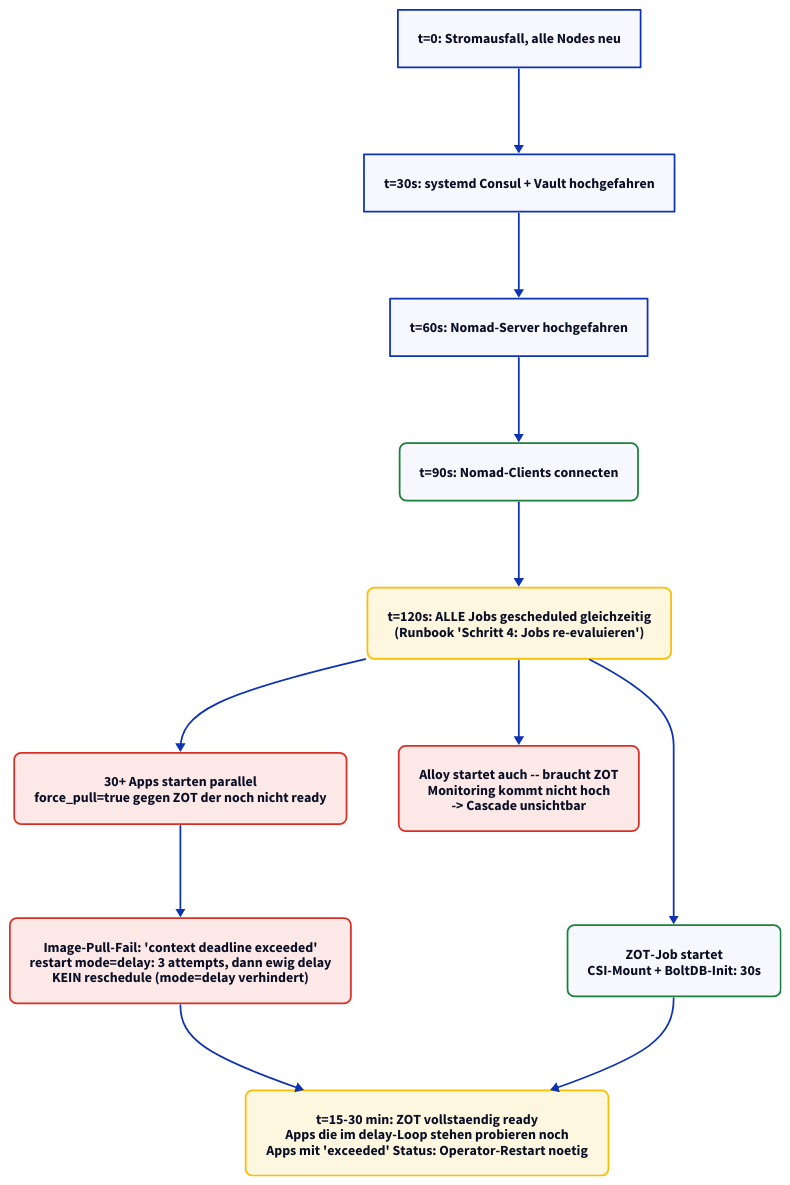
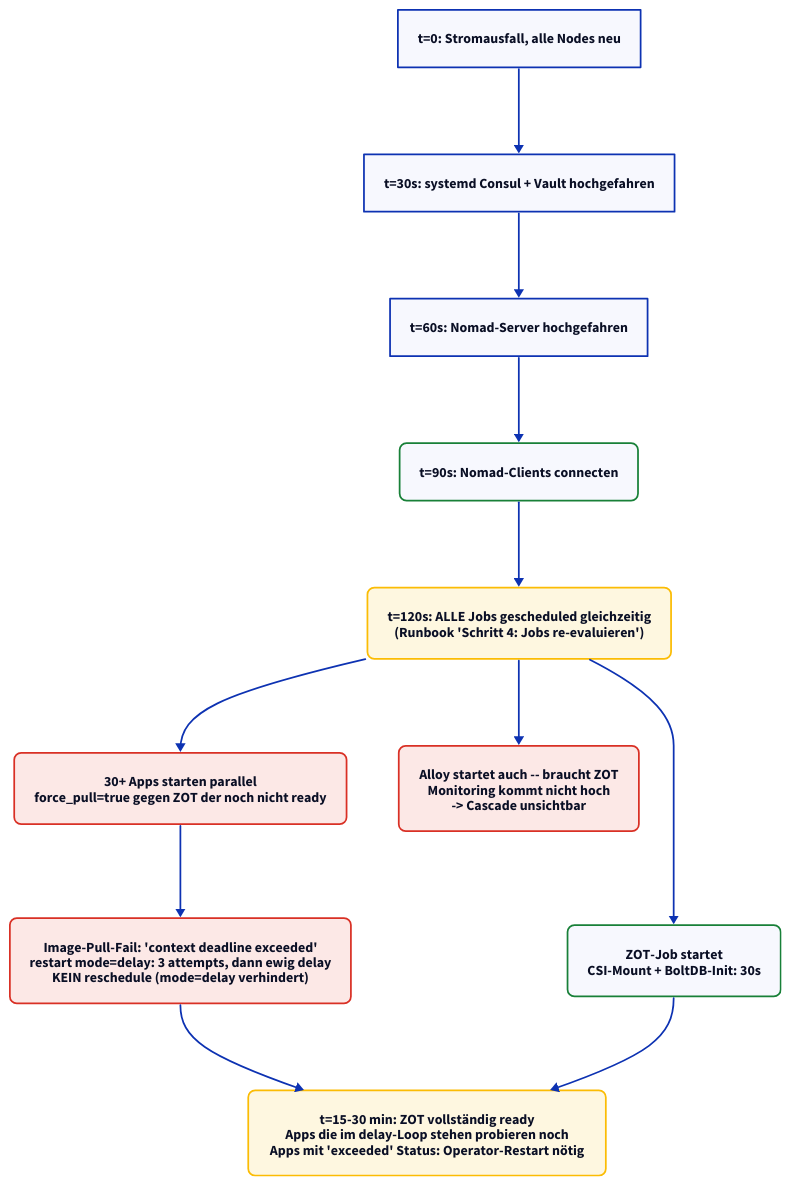
Before and after one commit to derever-labs/homelab-wiki: the third of 7 diagrams in docs/_querschnitt/cluster-resilience.md, drawn with D2. The commit also changed other lines of this file and 15 other files, not shown here.

````diff
--- a/docs/_querschnitt/cluster-resilience.md
+++ b/docs/_querschnitt/cluster-resilience.md
@@ -206,33 +206,33 @@
 ```d2
 direction: down
 
 classes: {
   ok: { style: { border-radius: 8; stroke: "#188038" } }
   problem: { style: { border-radius: 8; stroke: "#d93025"; fill: "#fce8e6" } }
   warn: { style: { border-radius: 8; stroke: "#fbbc04"; fill: "#fef7e0" } }
 }
 
 t1: "t=0: Stromausfall, alle Nodes neu"
 t2: "t=30s: systemd Consul + Vault hochgefahren"
 t3: "t=60s: Nomad-Server hochgefahren"
 t4: "t=90s: Nomad-Clients connecten" { class: ok }
 
 t5: "t=120s: ALLE Jobs gescheduled gleichzeitig\n(Runbook 'Schritt 4: Jobs re-evaluieren')" { class: warn }
 
 t6_zot: "ZOT-Job startet\nCSI-Mount + BoltDB-Init: 30s" { class: ok }
 t6_apps: "30+ Apps starten parallel\nforce_pull=true gegen ZOT der noch nicht ready" { class: problem }
 
 t7_apps: "Image-Pull-Fail: 'context deadline exceeded'\nrestart mode=delay: 3 attempts, dann ewig delay\nKEIN reschedule (mode=delay verhindert)" { class: problem }
 
 t8_alloy: "Alloy startet auch -- braucht ZOT\nMonitoring kommt nicht hoch\n-> Cascade unsichtbar" { class: problem }
 
-t9: "t=15-30 min: ZOT vollstaendig ready\nApps die im delay-Loop stehen probieren noch\nApps mit 'exceeded' Status: Operator-Restart noetig" { class: warn }
+t9: "t=15-30 min: ZOT vollständig ready\nApps die im delay-Loop stehen probieren noch\nApps mit 'exceeded' Status: Operator-Restart nötig" { class: warn }
 
 t1 -> t2 -> t3 -> t4 -> t5
 t5 -> t6_zot
 t5 -> t6_apps
 t6_apps -> t7_apps
 t5 -> t8_alloy
 t7_apps -> t9
 t6_zot -> t9
 ```
````
